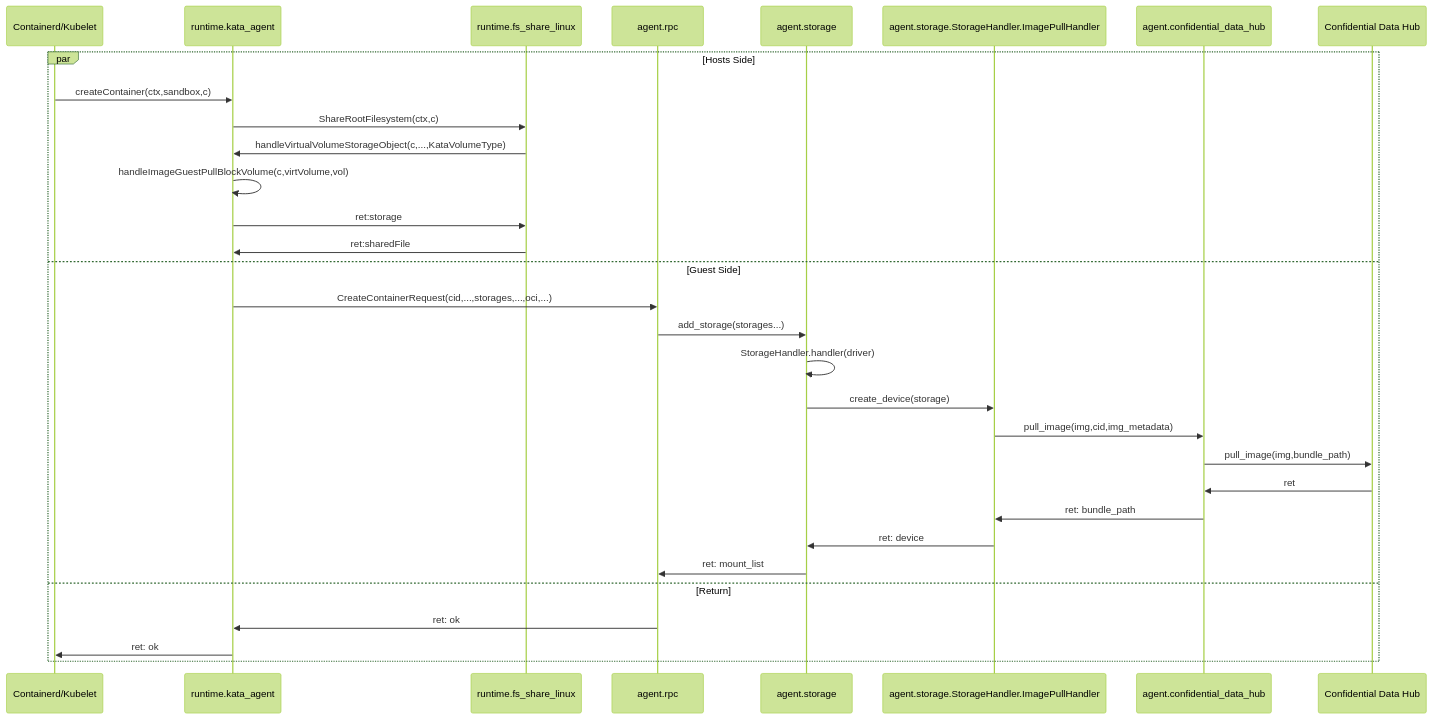
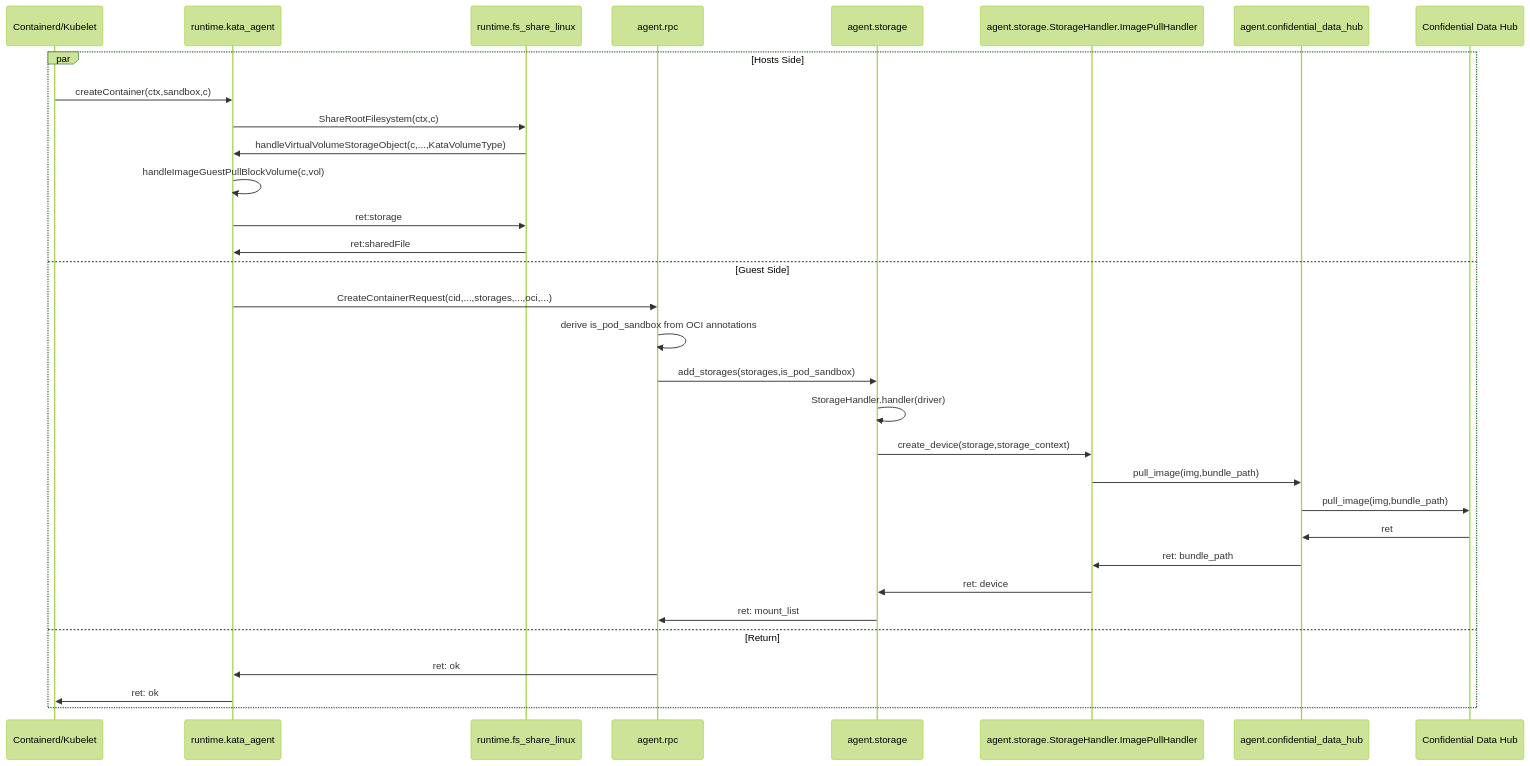
One commit to kata-containers/kata-containers changed the second of 2 diagrams in docs/design/kata-guest-image-management-design.md. Above: the diagram before and after it, drawn with Mermaid (forest theme). The commit also changed other lines of this file, not shown here.

First line of the commit message:
docs: update guest image pull storage flow

````diff
--- a/docs/design/kata-guest-image-management-design.md
+++ b/docs/design/kata-guest-image-management-design.md
@@ -79,25 +79,26 @@
 ```mermaid
 sequenceDiagram
     par Hosts Side
         Containerd/Kubelet->>runtime.kata_agent: createContainer(ctx,sandbox,c)
         runtime.kata_agent->>runtime.fs_share_linux: ShareRootFilesystem(ctx,c)
         runtime.fs_share_linux->>runtime.kata_agent: handleVirtualVolumeStorageObject(c,...,KataVolumeType)
-        runtime.kata_agent->>runtime.kata_agent: handleImageGuestPullBlockVolume(c,virtVolume,vol)
+        runtime.kata_agent->>runtime.kata_agent: handleImageGuestPullBlockVolume(c,vol)
         runtime.kata_agent->>runtime.fs_share_linux: ret:storage
         runtime.fs_share_linux->>runtime.kata_agent: ret:sharedFile
     and Guest Side
         runtime.kata_agent->>agent.rpc: CreateContainerRequest(cid,...,storages,...,oci,...)
-        agent.rpc->>agent.storage: add_storage(storages...)
+        agent.rpc->>agent.rpc: derive is_pod_sandbox from OCI annotations
+        agent.rpc->>agent.storage: add_storages(storages,is_pod_sandbox)
         agent.storage->>agent.storage: StorageHandler.handler(driver)
-        agent.storage->>agent.storage.StorageHandler.ImagePullHandler: create_device(storage)
-        agent.storage.StorageHandler.ImagePullHandler->>agent.confidential_data_hub: pull_image(img,cid,img_metadata)
+        agent.storage->>agent.storage.StorageHandler.ImagePullHandler: create_device(storage,storage_context)
+        agent.storage.StorageHandler.ImagePullHandler->>agent.confidential_data_hub: pull_image(img,bundle_path)
         agent.confidential_data_hub->>Confidential Data Hub: pull_image(img,bundle_path)
         Confidential Data Hub->>agent.confidential_data_hub: ret
         agent.confidential_data_hub->>agent.storage.StorageHandler.ImagePullHandler: ret: bundle_path
         agent.storage.StorageHandler.ImagePullHandler->>agent.storage: ret: device
         agent.storage->>agent.rpc: ret: mount_list
     and Return
         agent.rpc->>runtime.kata_agent: ret: ok
         runtime.kata_agent->>Containerd/Kubelet: ret: ok
     end
 ```
````
